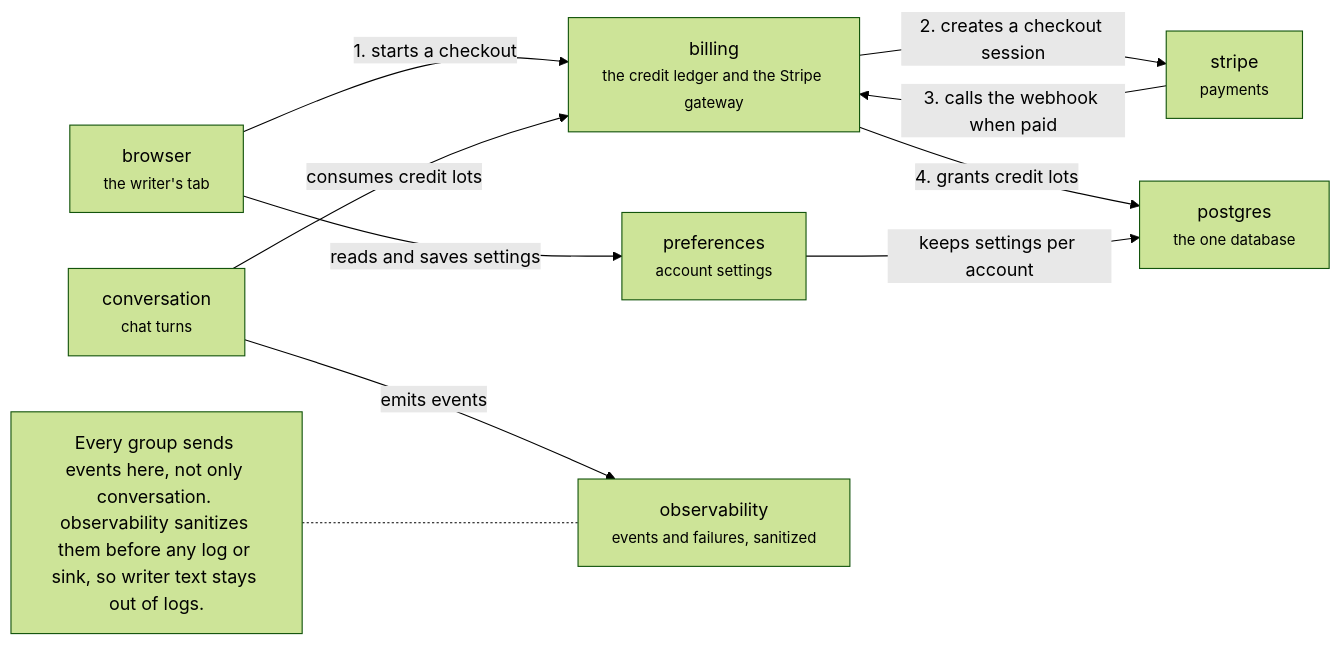
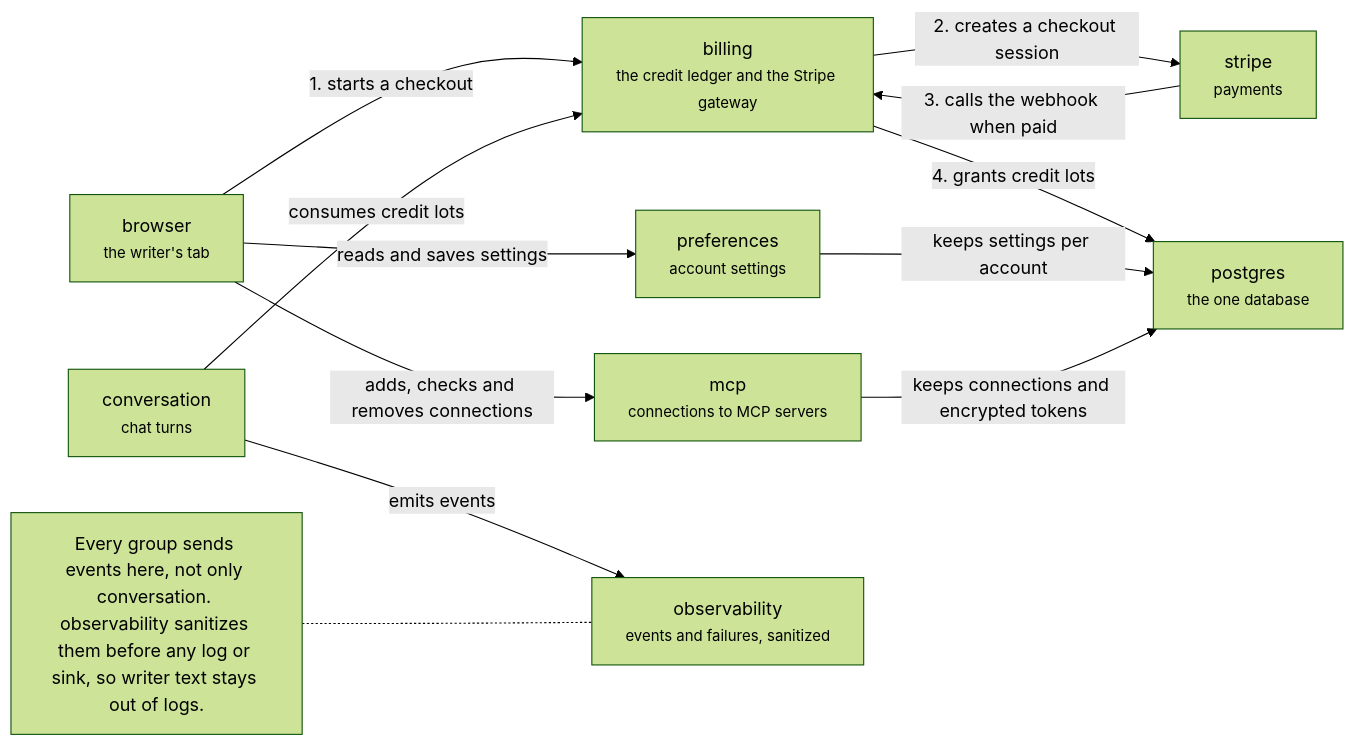
One commit to haowjy/meridian-flow changed the diagram in .context/system-architecture/server-account.md. Above: the diagram before and after it, drawn with Mermaid (forest theme). The commit also changed other lines of this file and 14 other files, not shown here.

````diff
--- a/.context/system-architecture/server-account.md
+++ b/.context/system-architecture/server-account.md
@@ -5,20 +5,23 @@
 ```mermaid
 flowchart LR
   billing["billing<br/><small>the credit ledger and the Stripe gateway</small>"]:::domain
   preferences["preferences<br/><small>account settings</small>"]:::domain
+  mcp["mcp<br/><small>connections to MCP servers</small>"]:::domain
   observability["observability<br/><small>events and failures, sanitized</small>"]:::domain
   browser["browser<br/><small>the writer's tab</small>"]:::context
   stripe["stripe<br/><small>payments</small>"]:::context
   postgres["postgres<br/><small>the one database</small>"]:::context
   conversation["conversation<br/><small>chat turns</small>"]:::context
   browser -->|"1. starts a checkout"| billing
   billing -->|"2. creates a checkout session"| stripe
   stripe -->|"3. calls the webhook when paid"| billing
   billing -->|"4. grants credit lots"| postgres
   conversation -->|"consumes credit lots"| billing
   browser -->|"reads and saves settings"| preferences
   preferences -->|"keeps settings per account"| postgres
+  browser -->|"adds, checks and removes connections"| mcp
+  mcp -->|"keeps connections and encrypted tokens"| postgres
   conversation -->|"emits events"| observability
   note1["Every group sends events here, not only conversation. observability sanitizes them before any log or sink, so writer text stays out of logs."]:::note
   note1 -.- observability
 ```
````
